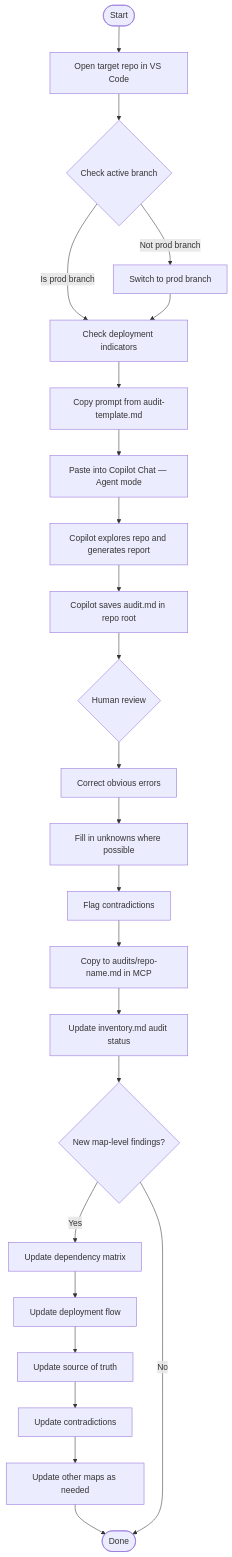
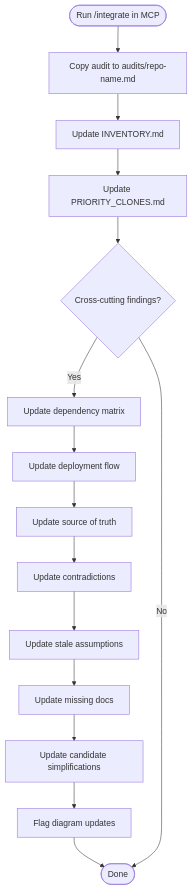
Before and after one commit to starplayerr/master-control-protocol: the second of 3 diagrams in diagrams/workflow-self-audit.md, drawn with Mermaid. The commit also changed other lines of this file and 9 other files, not shown here.

````diff
--- a/diagrams/workflow-self-audit.md
+++ b/diagrams/workflow-self-audit.md
@@ -5,31 +24,19 @@
 ```mermaid
 flowchart TD
-    start([Start]) --> open[Open target repo in VS Code]
-    open --> branch{Check active branch}
-    branch -->|Is prod branch| deploy_check[Check deployment indicators]
-    branch -->|Not prod branch| switch[Switch to prod branch]
-    switch --> deploy_check
+    start([Run /integrate in MCP]) --> copy[Copy audit to audits/repo-name.md]
+    copy --> inv[Update INVENTORY.md]
+    inv --> prio[Update PRIORITY_CLONES.md]
+    prio --> maps{Cross-cutting findings?}
 
-    deploy_check --> copy[Copy prompt from audit-template.md]
-    copy --> paste[Paste into Copilot Chat — Agent mode]
-    paste --> run[Copilot explores repo and generates report]
-    run --> save_local[Copilot saves audit.md in repo root]
+    maps -->|Yes| dep[Update dependency matrix]
+    dep --> deploy[Update deployment flow]
+    deploy --> sot[Update source of truth]
+    sot --> contra[Update contradictions]
+    contra --> stale[Update stale assumptions]
+    stale --> docs[Update missing docs]
+    docs --> simp[Update candidate simplifications]
+    simp --> diagrams[Flag diagram updates]
+    diagrams --> done([Done])
 
-    save_local --> review{Human review}
-    review --> correct[Correct obvious errors]
-    correct --> fill[Fill in unknowns where possible]
-    fill --> flag[Flag contradictions]
-
-    flag --> copy_mcp[Copy to audits/repo-name.md in MCP]
-    copy_mcp --> update_inv[Update inventory.md audit status]
-    update_inv --> cross{New map-level findings?}
-
-    cross -->|Yes| update_dep[Update dependency matrix]
-    update_dep --> update_deploy[Update deployment flow]
-    update_deploy --> update_sot[Update source of truth]
-    update_sot --> update_contra[Update contradictions]
-    update_contra --> update_other[Update other maps as needed]
-    update_other --> done([Done])
-
-    cross -->|No| done
+    maps -->|No| done
 ```
````
